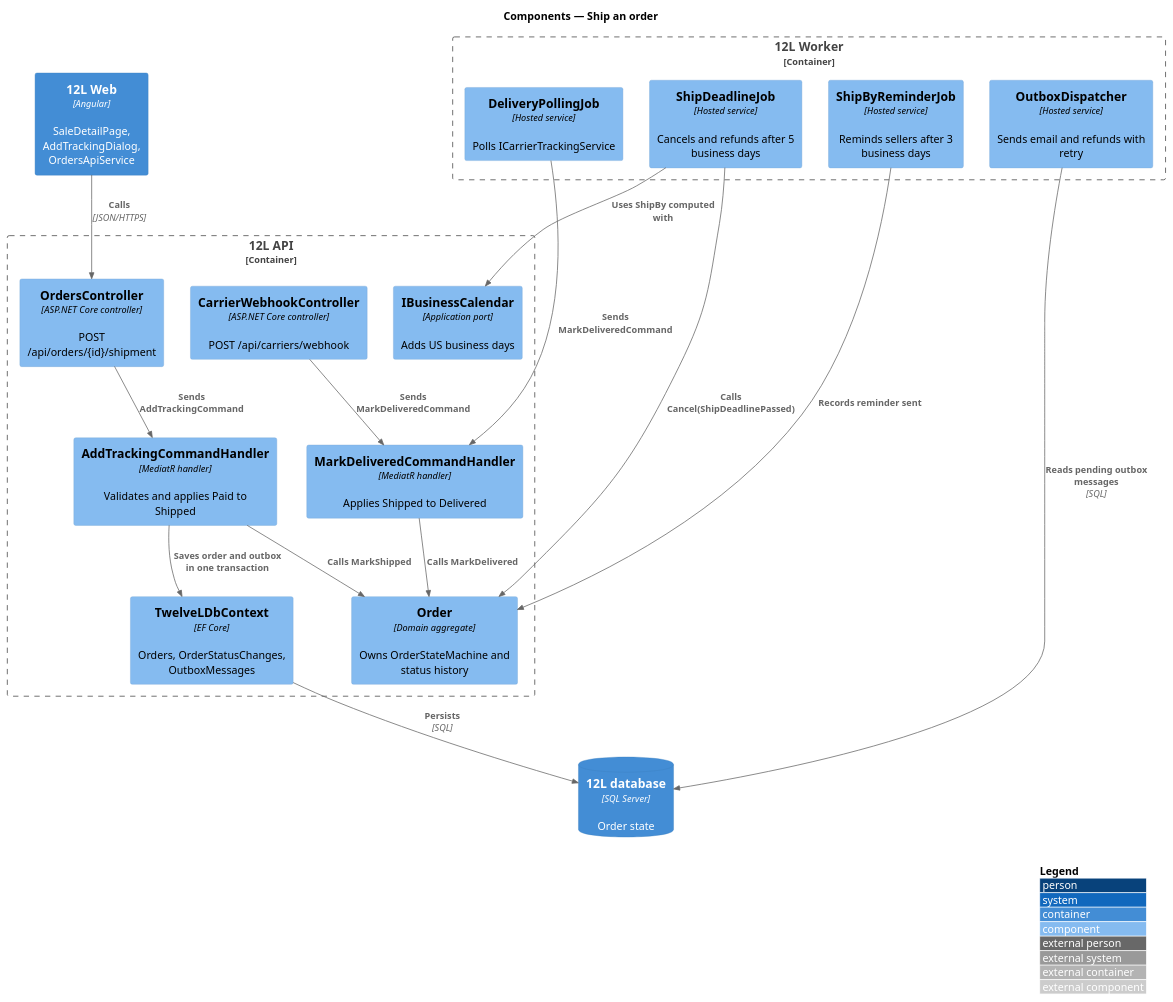
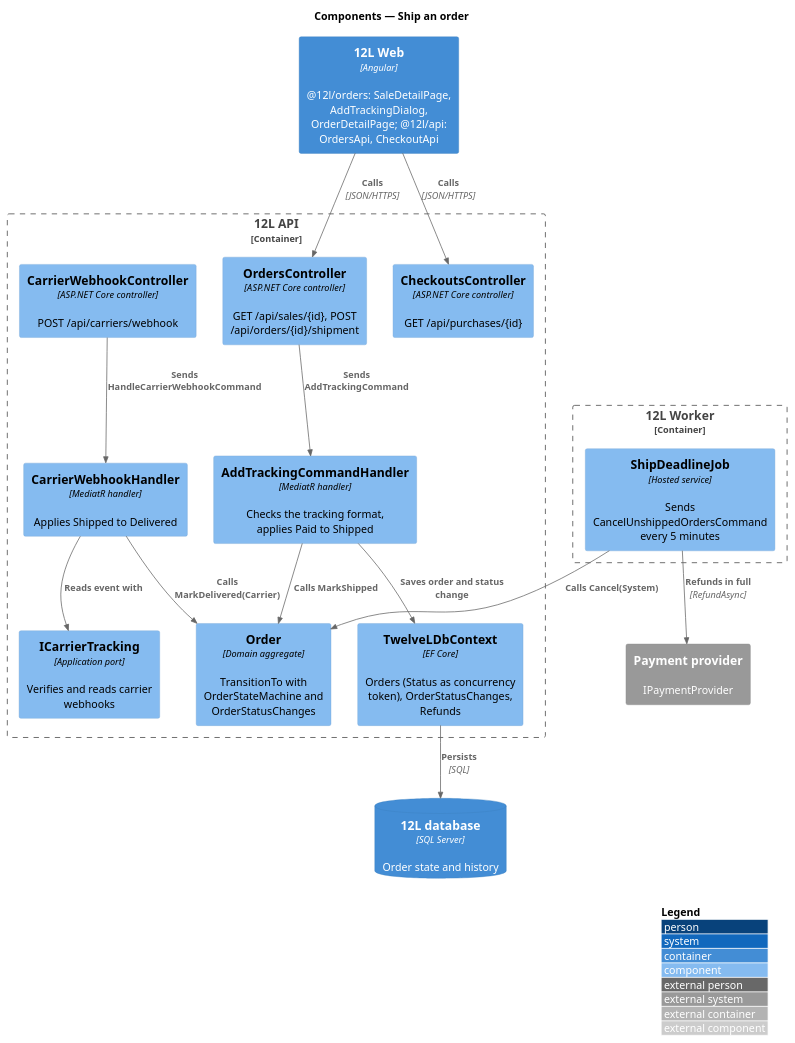
Before and after one commit to QuinntyneBrown/12l: the diagram in docs/detailed-designs/orders/ship-order/diagrams/c4-component.puml, drawn with PlantUML. The commit also changed 66 other files, not shown here.

First line of the commit message:
Document ship-order: design, ADR, design system, composition, estimates

```diff
--- a/docs/detailed-designs/orders/ship-order/diagrams/c4-component.puml
+++ b/docs/detailed-designs/orders/ship-order/diagrams/c4-component.puml
@@ -1,36 +1,34 @@
 @startuml
 !include <C4/C4_Component>
 LAYOUT_WITH_LEGEND()
 title Components — Ship an order
 
-Container(web, "12L Web", "Angular", "SaleDetailPage, AddTrackingDialog, OrdersApiService")
+Container(web, "12L Web", "Angular", "@12l/orders: SaleDetailPage, AddTrackingDialog, OrderDetailPage; @12l/api: OrdersApi, CheckoutApi")
 Container_Boundary(api, "12L API") {
-  Component(ctrl, "OrdersController", "ASP.NET Core controller", "POST /api/orders/{id}/shipment")
+  Component(ctrl, "OrdersController", "ASP.NET Core controller", "GET /api/sales/{id}, POST /api/orders/{id}/shipment")
+  Component(pur, "CheckoutsController", "ASP.NET Core controller", "GET /api/purchases/{id}")
   Component(cwh, "CarrierWebhookController", "ASP.NET Core controller", "POST /api/carriers/webhook")
-  Component(h, "AddTrackingCommandHandler", "MediatR handler", "Validates and applies Paid to Shipped")
-  Component(hd, "MarkDeliveredCommandHandler", "MediatR handler", "Applies Shipped to Delivered")
-  Component(order, "Order", "Domain aggregate", "Owns OrderStateMachine and status history")
-  Component(cal, "IBusinessCalendar", "Application port", "Adds US business days")
-  Component(repo, "TwelveLDbContext", "EF Core", "Orders, OrderStatusChanges, OutboxMessages")
+  Component(h, "AddTrackingCommandHandler", "MediatR handler", "Checks the tracking format, applies Paid to Shipped")
+  Component(hd, "CarrierWebhookHandler", "MediatR handler", "Applies Shipped to Delivered")
+  Component(order, "Order", "Domain aggregate", "TransitionTo with OrderStateMachine and OrderStatusChanges")
+  Component(port, "ICarrierTracking", "Application port", "Verifies and reads carrier webhooks")
+  Component(repo, "TwelveLDbContext", "EF Core", "Orders (Status as concurrency token), OrderStatusChanges, Refunds")
 }
 Container_Boundary(worker, "12L Worker") {
-  Component(rem, "ShipByReminderJob", "Hosted service", "Reminds sellers after 3 business days")
-  Component(dl, "ShipDeadlineJob", "Hosted service", "Cancels and refunds after 5 business days")
-  Component(poll, "DeliveryPollingJob", "Hosted service", "Polls ICarrierTrackingService")
-  Component(out, "OutboxDispatcher", "Hosted service", "Sends email and refunds with retry")
+  Component(dl, "ShipDeadlineJob", "Hosted service", "Sends CancelUnshippedOrdersCommand every 5 minutes")
 }
-ContainerDb(db, "12L database", "SQL Server", "Order state")
+ContainerDb(db, "12L database", "SQL Server", "Order state and history")
+System_Ext(pay, "Payment provider", "IPaymentProvider")
 
 Rel(web, ctrl, "Calls", "JSON/HTTPS")
+Rel(web, pur, "Calls", "JSON/HTTPS")
 Rel(ctrl, h, "Sends AddTrackingCommand")
-Rel(cwh, hd, "Sends MarkDeliveredCommand")
-Rel(poll, hd, "Sends MarkDeliveredCommand")
+Rel(cwh, hd, "Sends HandleCarrierWebhookCommand")
+Rel(hd, port, "Reads event with")
 Rel(h, order, "Calls MarkShipped")
-Rel(hd, order, "Calls MarkDelivered")
-Rel(rem, order, "Records reminder sent")
-Rel(dl, order, "Calls Cancel(ShipDeadlinePassed)")
-Rel(h, repo, "Saves order and outbox in one transaction")
-Rel(dl, cal, "Uses ShipBy computed with")
+Rel(hd, order, "Calls MarkDelivered(Carrier)")
+Rel(dl, order, "Calls Cancel(System)")
+Rel(dl, pay, "Refunds in full", "RefundAsync")
+Rel(h, repo, "Saves order and status change")
 Rel(repo, db, "Persists", "SQL")
-Rel(out, db, "Reads pending outbox messages", "SQL")
 @enduml
```
